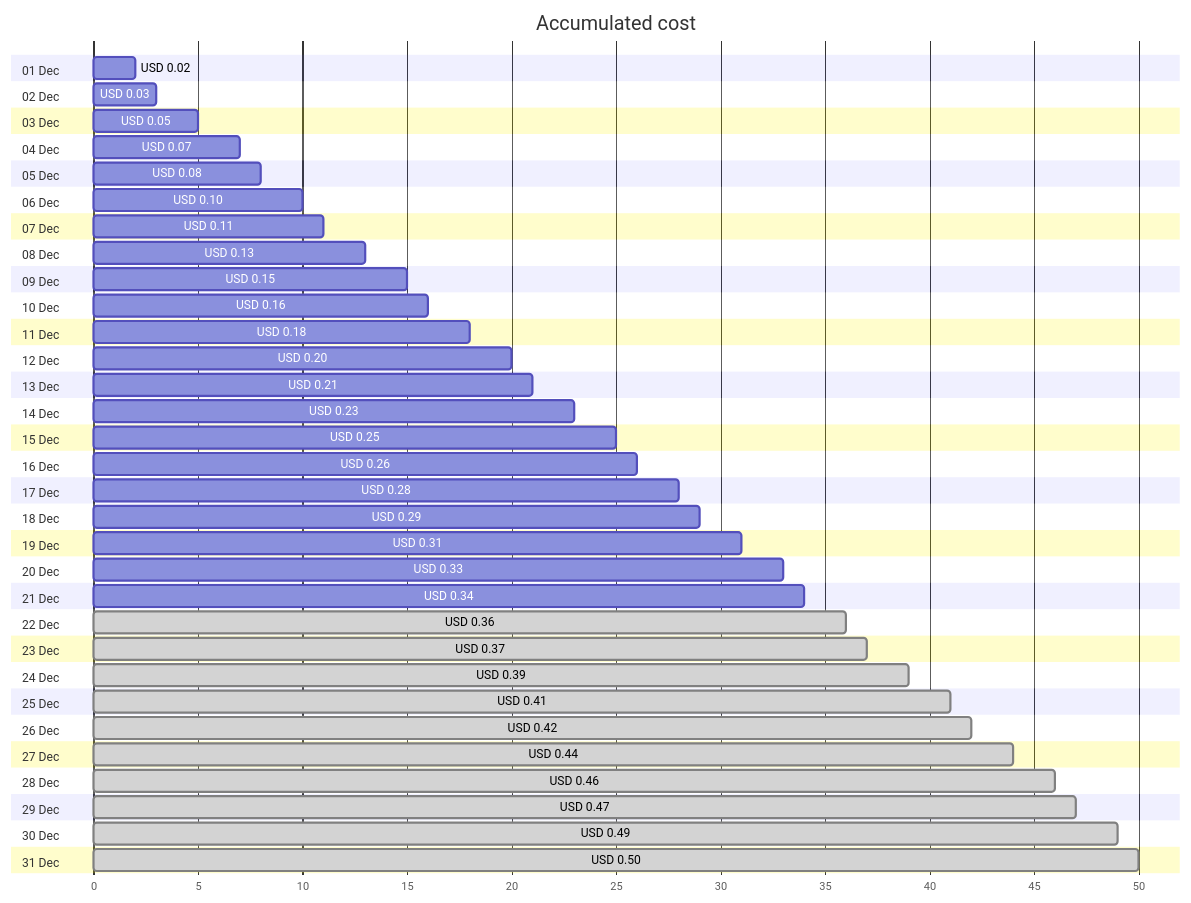
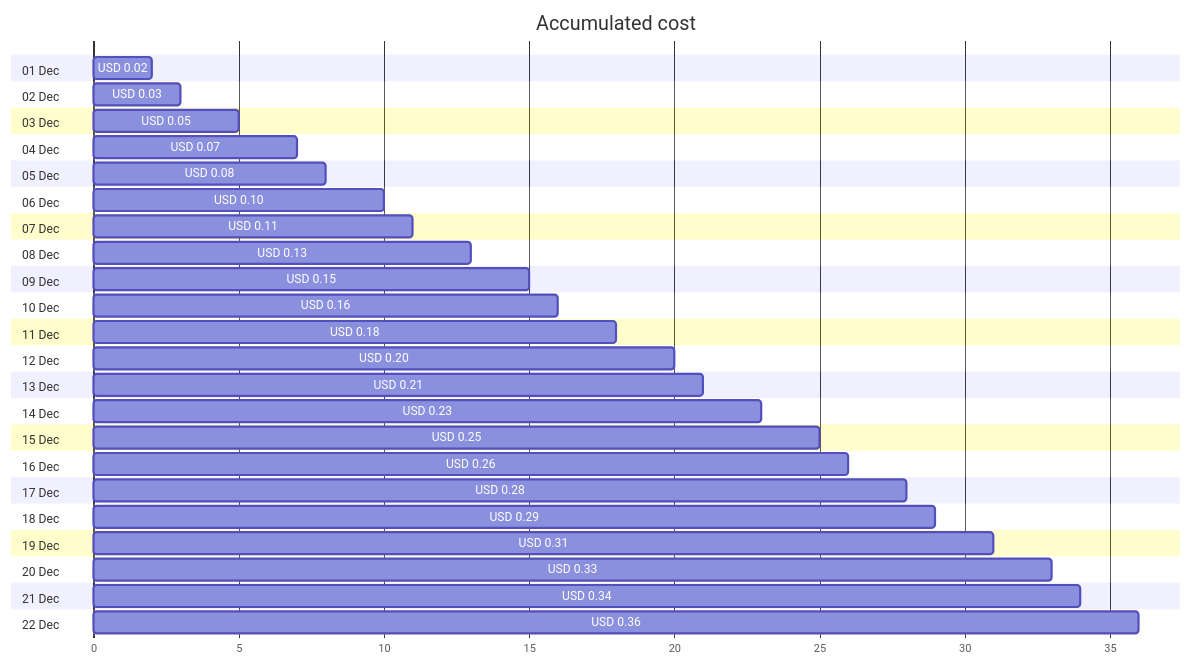
One commit to jpfulton/azure-personal-reports changed the first of 4 diagrams in cost-reports/personal-dns/jpatrickfulton.com.md. Above: the diagram before and after it, drawn with Mermaid. The commit also changed other lines of this file and 2 other files, not shown here.

Commit message:
Generated reports [skip ci]

````diff
--- a/cost-reports/personal-dns/jpatrickfulton.com.md
+++ b/cost-reports/personal-dns/jpatrickfulton.com.md
@@ -20,68 +20,50 @@
 ```mermaid
 gantt
    title Accumulated cost
    dateFormat  X
    axisFormat %s
    section 01 Dec
    USD 0.02 :0, 2
    section 02 Dec
    USD 0.03 :0, 3
    section 03 Dec
    USD 0.05 :0, 5
    section 04 Dec
    USD 0.07 :0, 7
    section 05 Dec
    USD 0.08 :0, 8
    section 06 Dec
    USD 0.10 :0, 10
    section 07 Dec
    USD 0.11 :0, 11
    section 08 Dec
    USD 0.13 :0, 13
    section 09 Dec
    USD 0.15 :0, 15
    section 10 Dec
    USD 0.16 :0, 16
    section 11 Dec
    USD 0.18 :0, 18
    section 12 Dec
    USD 0.20 :0, 20
    section 13 Dec
    USD 0.21 :0, 21
    section 14 Dec
    USD 0.23 :0, 23
    section 15 Dec
    USD 0.25 :0, 25
    section 16 Dec
    USD 0.26 :0, 26
    section 17 Dec
    USD 0.28 :0, 28
    section 18 Dec
    USD 0.29 :0, 29
    section 19 Dec
    USD 0.31 :0, 31
    section 20 Dec
    USD 0.33 :0, 33
    section 21 Dec
    USD 0.34 :0, 34
    section 22 Dec
-   USD 0.36 : done, 0, 36
-   section 23 Dec
-   USD 0.37 : done, 0, 37
-   section 24 Dec
-   USD 0.39 : done, 0, 39
-   section 25 Dec
-   USD 0.41 : done, 0, 41
-   section 26 Dec
-   USD 0.42 : done, 0, 42
-   section 27 Dec
-   USD 0.44 : done, 0, 44
-   section 28 Dec
-   USD 0.46 : done, 0, 46
-   section 29 Dec
-   USD 0.47 : done, 0, 47
-   section 30 Dec
-   USD 0.49 : done, 0, 49
-   section 31 Dec
-   USD 0.50 : done, 0, 50
+   USD 0.36 :0, 36
 ```
````
